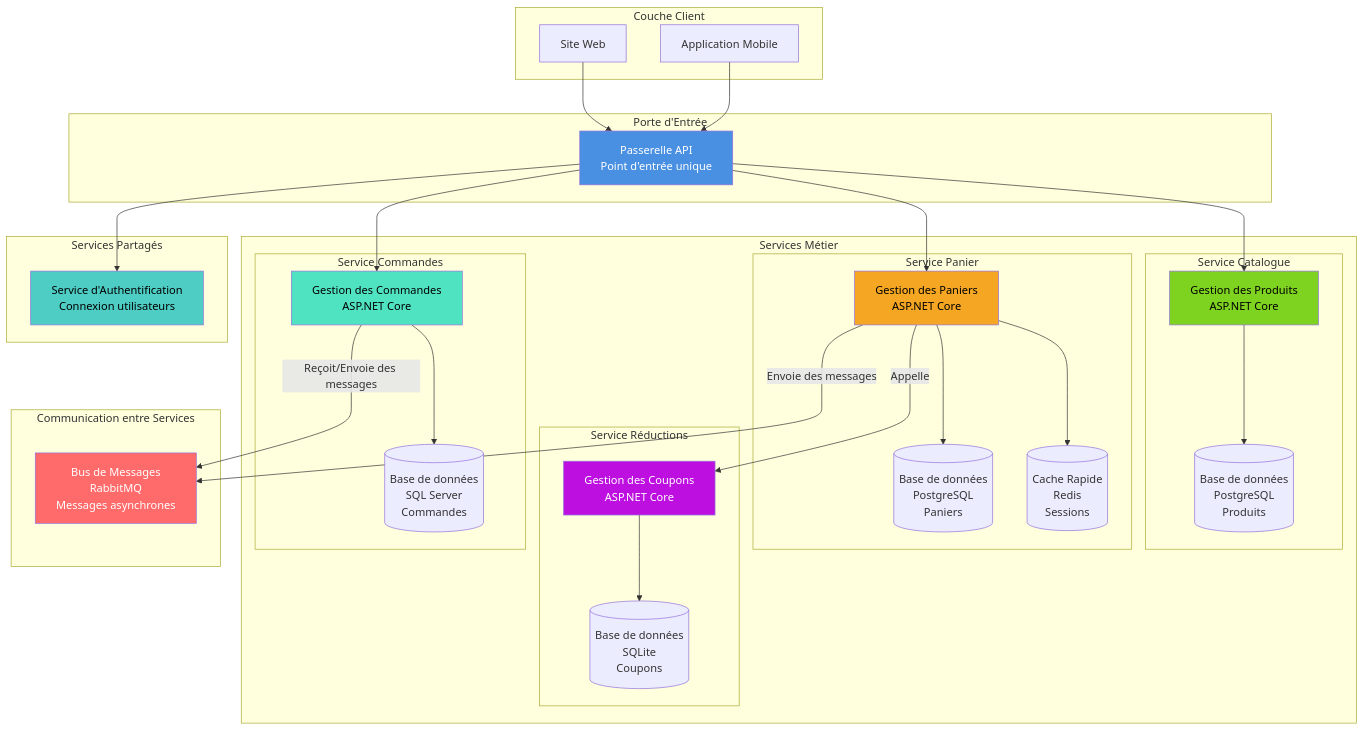
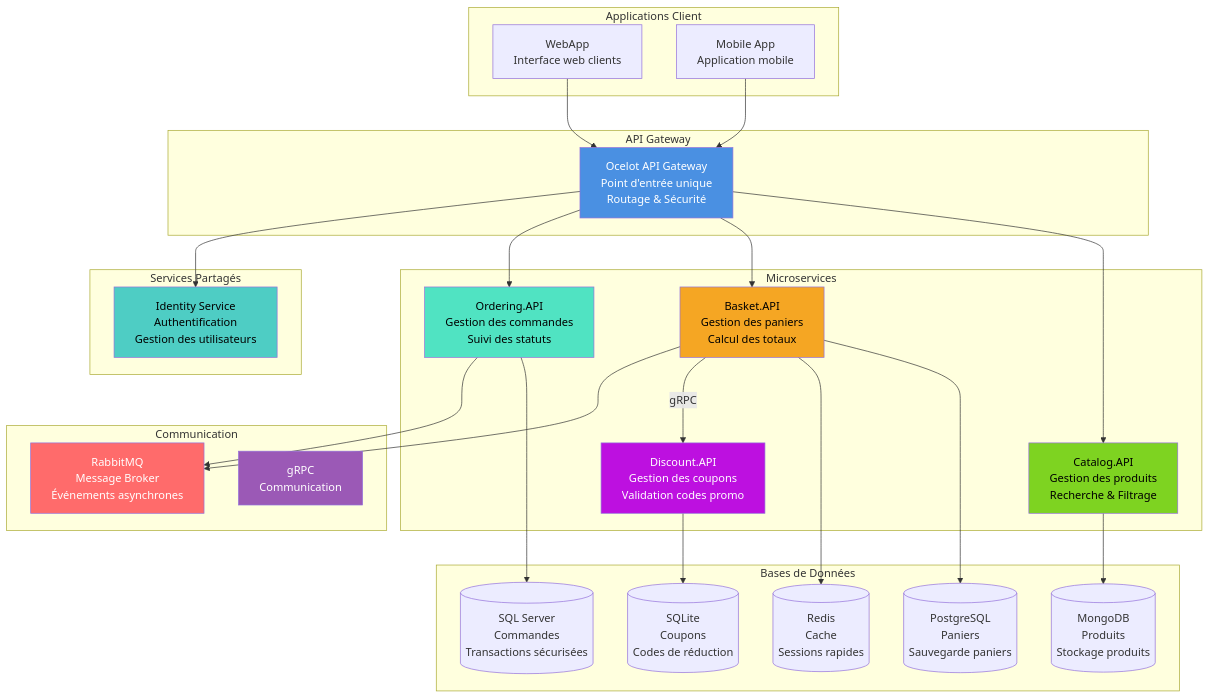
The diagram in uml-diagrams/02-component-diagram.md (thomasperge/tp_kake), drawn with Mermaid before and after one commit. The commit also changed other lines of this file, not shown here.

Commit message:
Refactor component diagram to enhance clarity and detail. Updated service names and descriptions, improved database representations, and added communication methods. Enhanced visual elements for better understanding of the e-commerce architecture.

````diff
--- a/uml-diagrams/02-component-diagram.md
+++ b/uml-diagrams/02-component-diagram.md
@@ -7,71 +7,62 @@
 ```mermaid
 graph TB
-    subgraph "Couche Client"
-        WEB[Site Web]
-        MOBILE[Application Mobile]
+    subgraph "Applications Client"
+        WEB[WebApp<br/>Interface web clients]
+        MOBILE[Mobile App<br/>Application mobile]
     end
     
-    subgraph "Porte d'Entrée"
-        GATEWAY[Passerelle API<br/>Point d'entrée unique]
+    subgraph "API Gateway"
+        GATEWAY[Ocelot API Gateway<br/>Point d'entrée unique<br/>Routage & Sécurité]
     end
     
-    subgraph "Services Métier"
-        subgraph "Service Catalogue"
-            CATALOG[Gestion des Produits<br/>ASP.NET Core]
-            CATALOGDB[(Base de données<br/>PostgreSQL<br/>Produits)]
-        end
-        
-        subgraph "Service Panier"
-            BASKET[Gestion des Paniers<br/>ASP.NET Core]
-            BASKETDB[(Base de données<br/>PostgreSQL<br/>Paniers)]
-            REDIS[(Cache Rapide<br/>Redis<br/>Sessions)]
-        end
-        
-        subgraph "Service Réductions"
-            DISCOUNT[Gestion des Coupons<br/>ASP.NET Core]
-            DISCOUNTDB[(Base de données<br/>SQLite<br/>Coupons)]
-        end
-        
-        subgraph "Service Commandes"
-            ORDERING[Gestion des Commandes<br/>ASP.NET Core]
-            ORDERINGDB[(Base de données<br/>SQL Server<br/>Commandes)]
-        end
+    subgraph "Microservices"
+        CATALOG[Catalog.API<br/>Gestion des produits<br/>Recherche & Filtrage]
+        BASKET[Basket.API<br/>Gestion des paniers<br/>Calcul des totaux]
+        DISCOUNT[Discount.API<br/>Gestion des coupons<br/>Validation codes promo]
+        ORDERING[Ordering.API<br/>Gestion des commandes<br/>Suivi des statuts]
     end
     
-    subgraph "Communication entre Services"
-        RABBITMQ[Bus de Messages<br/>RabbitMQ<br/>Messages asynchrones]
+    subgraph "Bases de Données"
+        CATALOGDB[(MongoDB<br/>Produits<br/>Stockage produits)]
+        BASKETDB[(PostgreSQL<br/>Paniers<br/>Sauvegarde paniers)]
+        REDIS[(Redis<br/>Cache<br/>Sessions rapides)]
+        DISCOUNTDB[(SQLite<br/>Coupons<br/>Codes de réduction)]
+        ORDERINGDB[(SQL Server<br/>Commandes<br/>Transactions sécurisées)]
+    end
+    
+    subgraph "Communication"
+        RABBITMQ[RabbitMQ<br/>Message Broker<br/>Événements asynchrones]
+        GRPC[gRPC<br/>Communication<br/>]
     end
     
     subgraph "Services Partagés"
-        AUTH[Service d'Authentification<br/>Connexion utilisateurs]
+        AUTH[Identity Service<br/>Authentification<br/>Gestion des utilisateurs]
     end
     
     WEB --> GATEWAY
     MOBILE --> GATEWAY
     
     GATEWAY --> CATALOG
     GATEWAY --> BASKET
     GATEWAY --> ORDERING
     GATEWAY --> AUTH
     
     CATALOG --> CATALOGDB
-    
     BASKET --> BASKETDB
     BASKET --> REDIS
-    BASKET -->|Appelle| DISCOUNT
-    
+    BASKET -->|gRPC| DISCOUNT
     DISCOUNT --> DISCOUNTDB
-    
     ORDERING --> ORDERINGDB
     
-    BASKET -->|Envoie des messages| RABBITMQ
-    ORDERING -->|Reçoit/Envoie des messages| RABBITMQ
+    BASKET --> RABBITMQ
+    ORDERING --> RABBITMQ
     
     style GATEWAY fill:#4A90E2,color:#fff
     style CATALOG fill:#7ED321,color:#000
     style BASKET fill:#F5A623,color:#000
     style DISCOUNT fill:#BD10E0,color:#fff
     style ORDERING fill:#50E3C2,color:#000
     style RABBITMQ fill:#FF6B6B,color:#fff
+    style GRPC fill:#9B59B6,color:#fff
     style AUTH fill:#4ECDC4,color:#000
 ```
````
